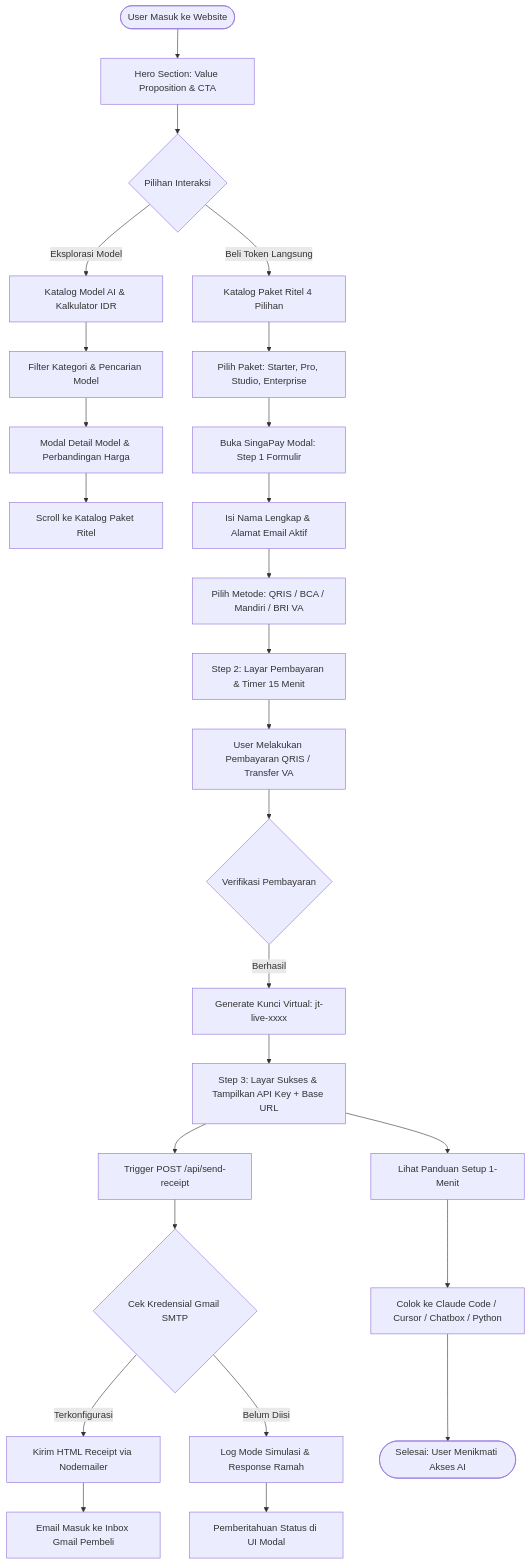
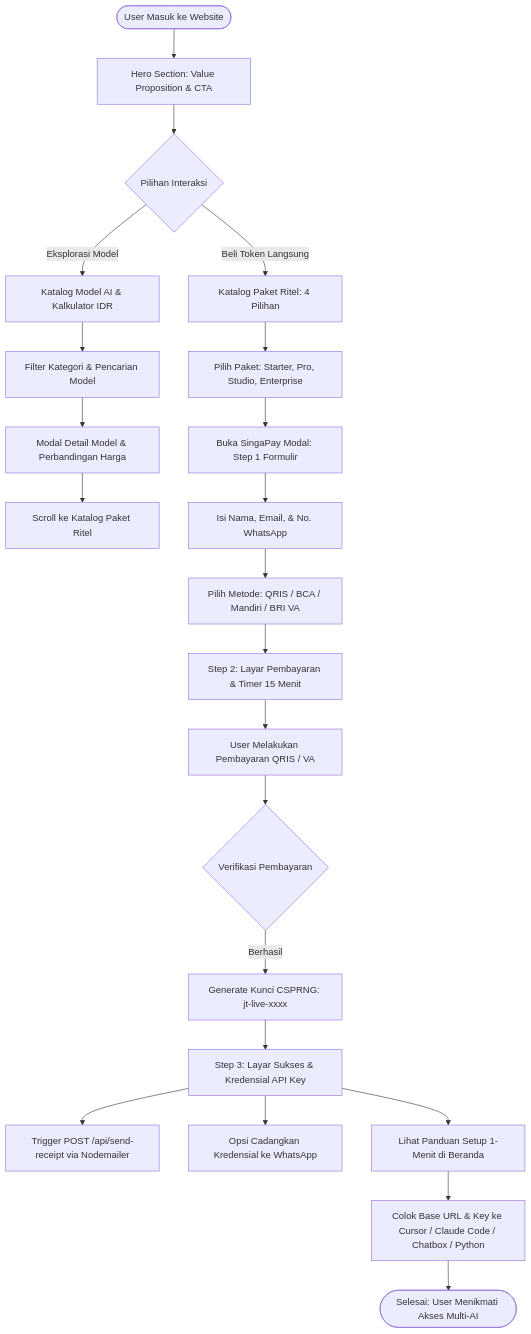
The first of 4 diagrams in docs/PRD_JURAGAN_TOKEN.md (Whyzenn07/juragan-token-web), drawn with Mermaid before and after one commit. The commit also changed other lines of this file, not shown here.

Commit message:
docs: update PRD to v2.0.0 with AI Gateway, pass-through engine, and Supabase architecture

````diff
--- a/docs/PRD_JURAGAN_TOKEN.md
+++ b/docs/PRD_JURAGAN_TOKEN.md
@@ -33,37 +35,31 @@
 ```mermaid
 flowchart TD
     Start([User Masuk ke Website]) --> Hero[Hero Section: Value Proposition & CTA]
     Hero --> Choice{Pilihan Interaksi}
     
     Choice -->|Eksplorasi Model| Catalog[Katalog Model AI & Kalkulator IDR]
     Catalog --> Filter[Filter Kategori & Pencarian Model]
     Filter --> DetailModel[Modal Detail Model & Perbandingan Harga]
     DetailModel --> RetailAnchor[Scroll ke Katalog Paket Ritel]
     
-    Choice -->|Beli Token Langsung| Retail[Katalog Paket Ritel 4 Pilihan]
+    Choice -->|Beli Token Langsung| Retail[Katalog Paket Ritel: 4 Pilihan]
     Retail --> SelectPkg[Pilih Paket: Starter, Pro, Studio, Enterprise]
     
     SelectPkg --> OpenCheckout[Buka SingaPay Modal: Step 1 Formulir]
-    OpenCheckout --> InputData[Isi Nama Lengkap & Alamat Email Aktif]
+    OpenCheckout --> InputData[Isi Nama, Email, & No. WhatsApp]
     InputData --> SelectPayment[Pilih Metode: QRIS / BCA / Mandiri / BRI VA]
     
     SelectPayment --> StepPay[Step 2: Layar Pembayaran & Timer 15 Menit]
-    StepPay --> UserPay[User Melakukan Pembayaran QRIS / Transfer VA]
+    StepPay --> UserPay[User Melakukan Pembayaran QRIS / VA]
     
     UserPay --> VerifyPay{Verifikasi Pembayaran}
-    VerifyPay -->|Berhasil| GenerateKey[Generate Kunci Virtual: jt-live-xxxx]
+    VerifyPay -->|Berhasil| GenerateKey[Generate Kunci CSPRNG: jt-live-xxxx]
     
-    GenerateKey --> StepSuccess[Step 3: Layar Sukses & Tampilkan API Key + Base URL]
-    StepSuccess --> SendEmailTrigger[Trigger POST /api/send-receipt]
+    GenerateKey --> StepSuccess[Step 3: Layar Sukses & Kredensial API Key]
+    StepSuccess --> SendEmailTrigger[Trigger POST /api/send-receipt via Nodemailer]
+    StepSuccess --> BackupWA[Opsi Cadangkan Kredensial ke WhatsApp]
     
-    SendEmailTrigger --> EmailEngine{Cek Kredensial Gmail SMTP}
-    EmailEngine -->|Terkonfigurasi| SendSMTP[Kirim HTML Receipt via Nodemailer]
-    EmailEngine -->|Belum Diisi| SmartMock[Log Mode Simulasi & Response Ramah]
-    
-    SendSMTP --> UserInbox[Email Masuk ke Inbox Gmail Pembeli]
-    SmartMock --> UserInboxSim[Pemberitahuan Status di UI Modal]
-    
-    StepSuccess --> SetupGuide[Lihat Panduan Setup 1-Menit]
-    SetupGuide --> ColokTools[Colok ke Claude Code / Cursor / Chatbox / Python]
-    ColokTools --> Done([Selesai: User Menikmati Akses AI])
+    StepSuccess --> SetupGuide[Lihat Panduan Setup 1-Menit di Beranda]
+    SetupGuide --> ColokTools[Colok Base URL & Key ke Cursor / Claude Code / Chatbox / Python]
+    ColokTools --> Done([Selesai: User Menikmati Akses Multi-AI])
 ```
````
